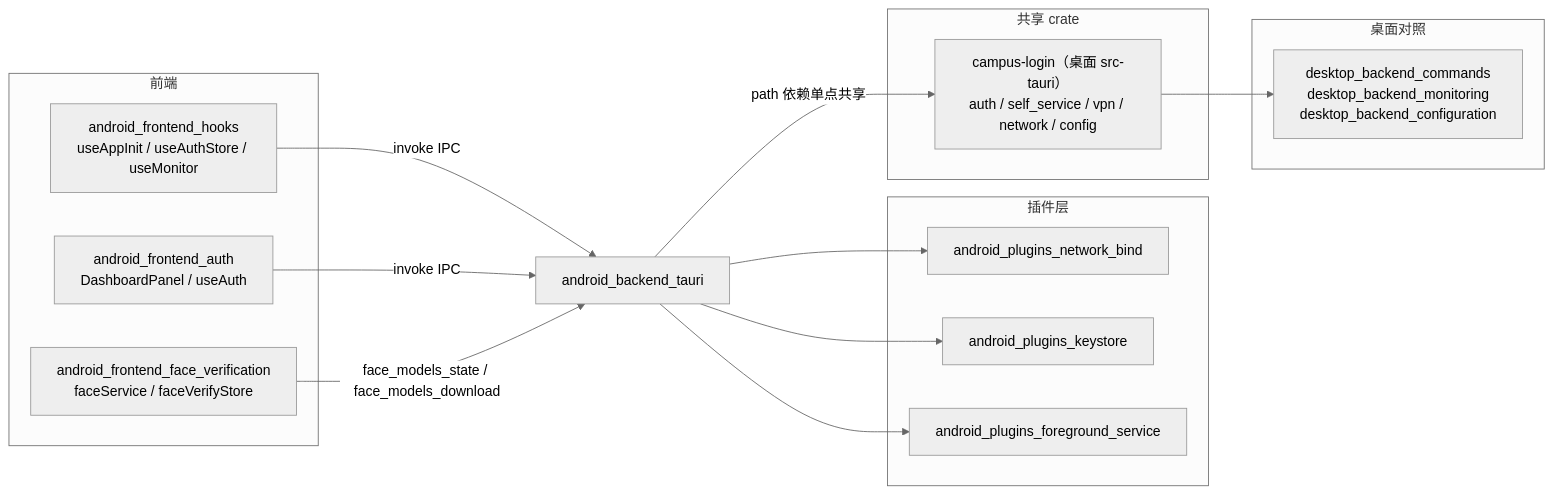
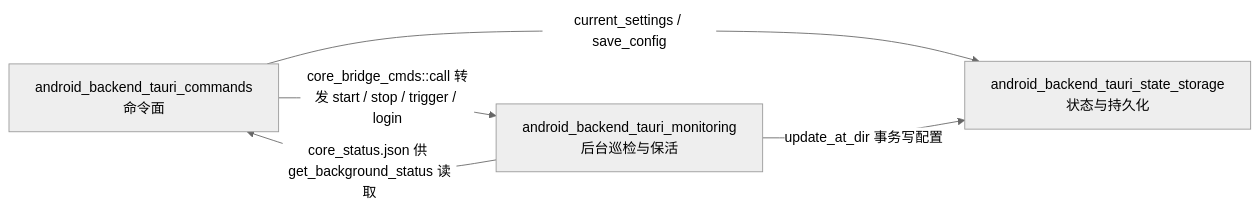
The second of 2 diagrams in .codewiki/modules/android-backend-tauri.md (ikliml666/Wxxy-CampusLogin), drawn with Mermaid (neutral theme) before and after one commit. The commit also changed other lines of this file and 34 other files, not shown here.

First line of the commit message:
fix(android): WiFi 回调迁入 :core 常驻服务，后台监测与弱信号事件驱动化

````diff
--- a/.codewiki/modules/android-backend-tauri.md
+++ b/.codewiki/modules/android-backend-tauri.md
@@ -232,33 +126,11 @@
 ```mermaid
 flowchart LR
-    subgraph 前端
-        AFH["android_frontend_hooks<br/>useAppInit / useAuthStore / useMonitor"]
-        AFA["android_frontend_auth<br/>DashboardPanel / useAuth"]
-        AFF["android_frontend_face_verification<br/>faceService / faceVerifyStore"]
-    end
+    CMD["android_backend_tauri_commands<br/>命令面"]
+    MON["android_backend_tauri_monitoring<br/>后台巡检与保活"]
+    ST["android_backend_tauri_state_storage<br/>状态与持久化"]
 
-    subgraph 插件层
-        PB["android_plugins_network_bind"]
-        KS["android_plugins_keystore"]
-        FS["android_plugins_foreground_service"]
-    end
-
-    subgraph 共享 crate
-        LIB["campus-login（桌面 src-tauri）<br/>auth / self_service / vpn / network / config"]
-    end
-
-    subgraph 桌面对照
-        DC["desktop_backend_commands<br/>desktop_backend_monitoring<br/>desktop_backend_configuration"]
-    end
-
-    This["android_backend_tauri"]
-
-    AFH -->|"invoke IPC"| This
-    AFA -->|"invoke IPC"| This
-    AFF -->|"face_models_state / face_models_download"| This
-    This --> PB
-    This --> KS
-    This --> FS
-    This -->|"path 依赖单点共享"| LIB
-    LIB --> DC
+    CMD -->|"core_bridge_cmds::call 转发 start / stop / trigger / login"| MON
+    MON -->|"core_status.json 供 get_background_status 读取"| CMD
+    CMD -->|"current_settings / save_config"| ST
+    MON -->|"update_at_dir 事务写配置"| ST
 ```
````
